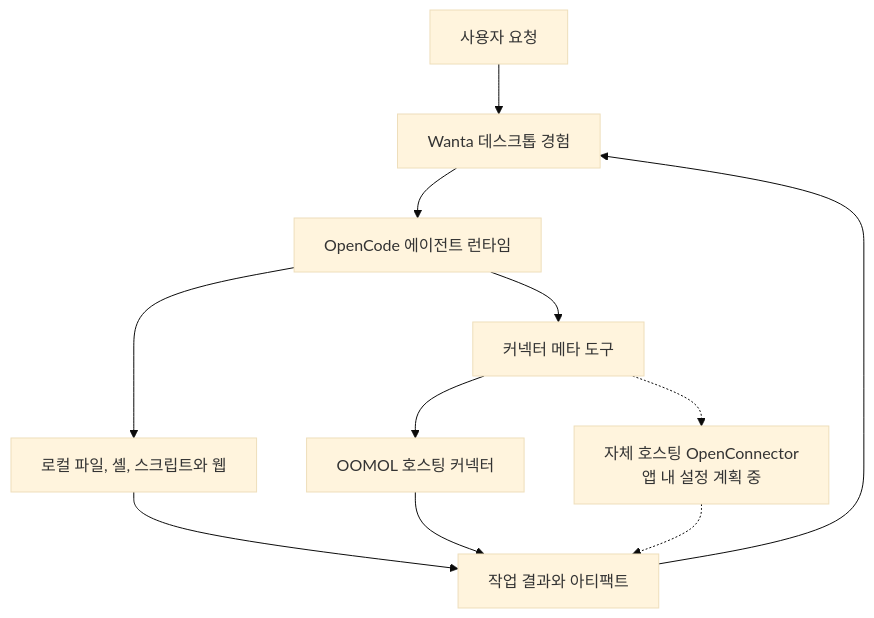
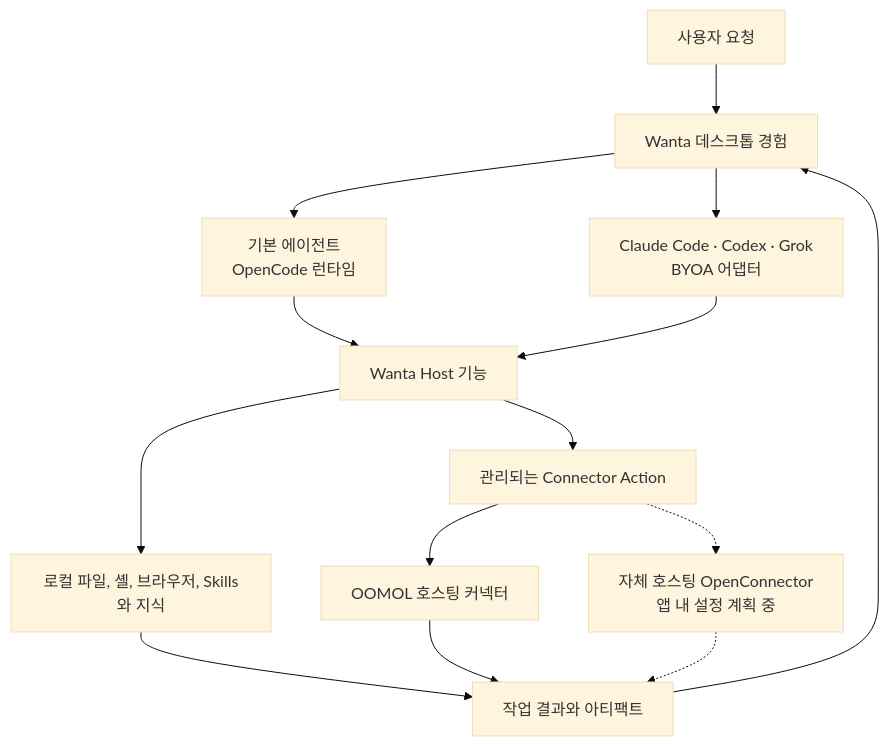
Before and after one commit to oomol-lab/wanta: the diagram in README.ko.md, drawn with Mermaid (base theme). The commit also changed other lines of this file and 6 other files, not shown here.

First line of the commit message:
docs: highlight Wanta's open agent platform (#365)

````diff
--- a/README.ko.md
+++ b/README.ko.md
@@ -145,13 +201,16 @@
 ```mermaid
 flowchart TB
   User["사용자 요청"] --> UI["Wanta 데스크톱 경험"]
-  UI --> Agent["OpenCode 에이전트 런타임"]
-  Agent --> Local["로컬 파일, 셸, 스크립트와 웹"]
-  Agent --> Link["커넥터 메타 도구"]
+  UI --> BuiltIn["기본 에이전트<br/>OpenCode 런타임"]
+  UI --> BYOA["Claude Code · Codex · Grok<br/>BYOA 어댑터"]
+  BuiltIn --> Host["Wanta Host 기능"]
+  BYOA --> Host
+  Host --> Local["로컬 파일, 셸, 브라우저, Skills와 지식"]
+  Host --> Link["관리되는 Connector Action"]
   Link --> Hosted["OOMOL 호스팅 커넥터"]
   Link -.-> SelfHosted["자체 호스팅 OpenConnector<br/>앱 내 설정 계획 중"]
   Local --> Result["작업 결과와 아티팩트"]
   Hosted --> Result
   SelfHosted -.-> Result
   Result --> UI
 ```
````
